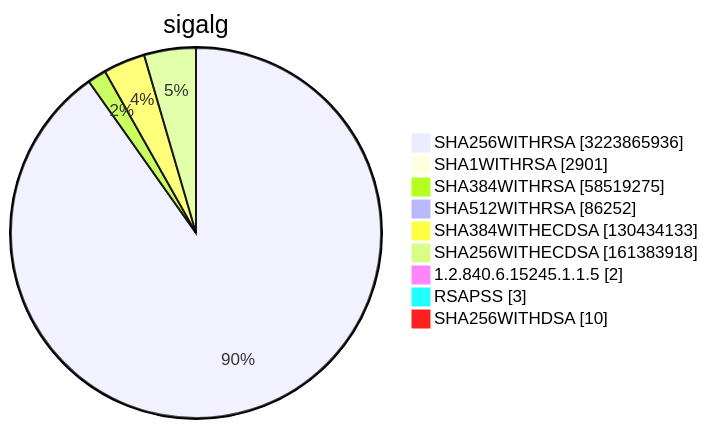
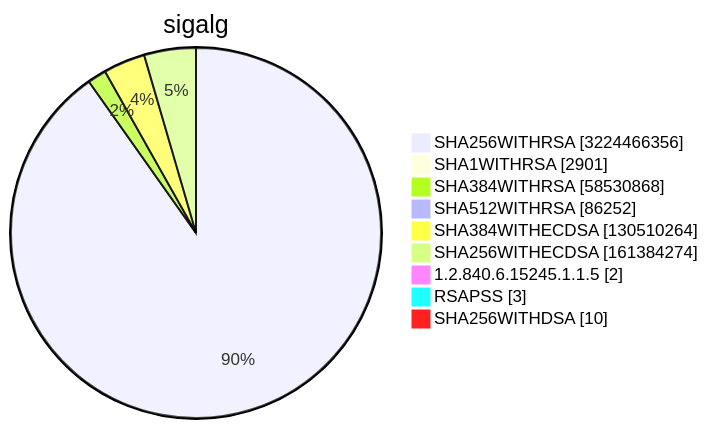
Before and after one commit to christiankrug/ctmonitor_visualization: diagram 15 of 15 in TOTAL/README.md, drawn with Mermaid. The commit also changed other lines of this file, not shown here.

````diff
--- a/TOTAL/README.md
+++ b/TOTAL/README.md
@@ -6217,13 +6217,13 @@
 ```mermaid
 pie showData
 title sigalg
-"SHA256WITHRSA" :3223865936
+"SHA256WITHRSA" :3224466356
 "SHA1WITHRSA" :2901
-"SHA384WITHRSA" :58519275
+"SHA384WITHRSA" :58530868
 "SHA512WITHRSA" :86252
-"SHA384WITHECDSA" :130434133
-"SHA256WITHECDSA" :161383918
+"SHA384WITHECDSA" :130510264
+"SHA256WITHECDSA" :161384274
 "1.2.840.6.15245.1.1.5" :2
 "RSAPSS" :3
 "SHA256WITHDSA" :10
 ```
````
